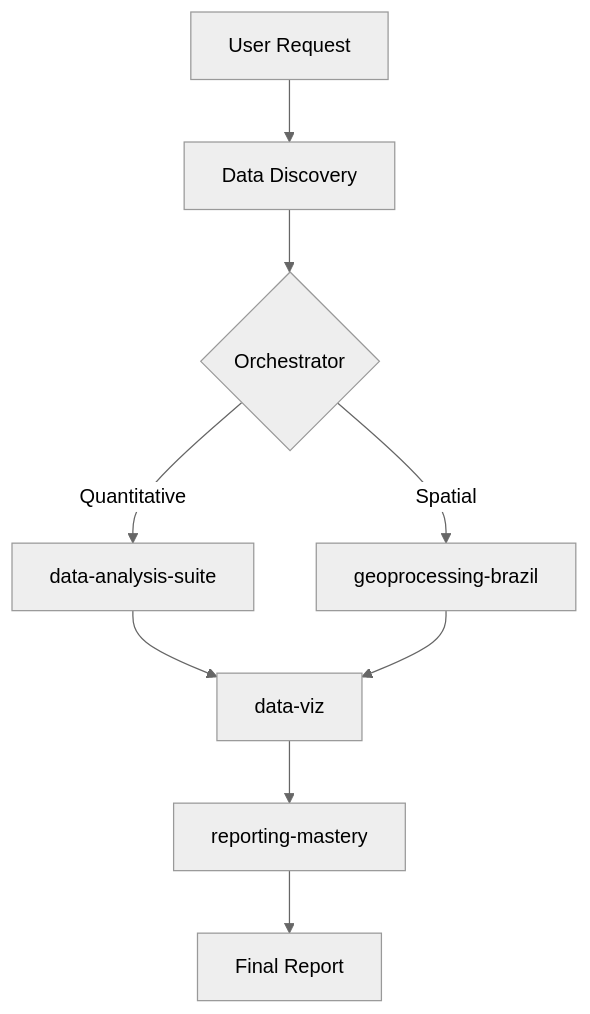
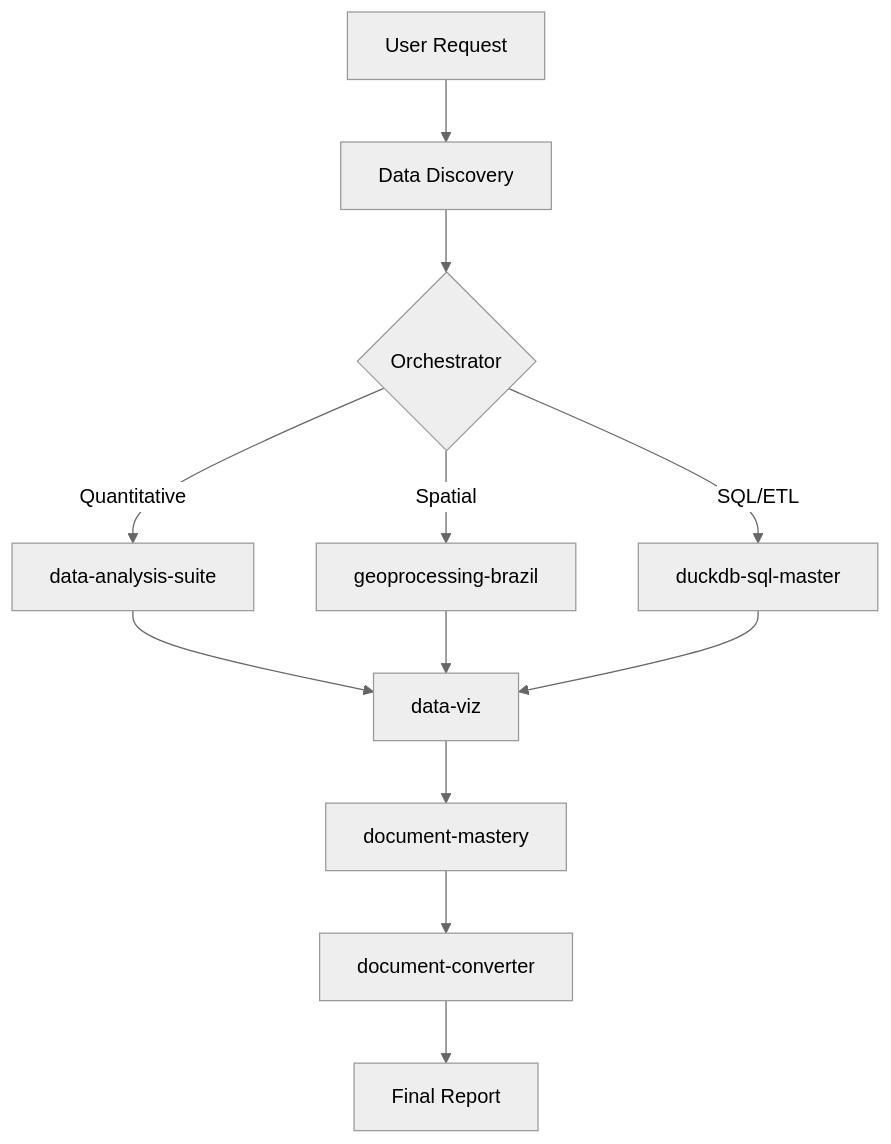
Before and after one commit to pablodiegoo/Data-Pro-Skill: the diagram in SKILL.md, drawn with Mermaid (neutral theme). The commit also changed other lines of this file and 24 other files, not shown here.

````diff
--- a/SKILL.md
+++ b/SKILL.md
@@ -32,10 +44,12 @@
 ```mermaid
 graph TD
     A[User Request] --> B[Data Discovery]
     B --> C{Orchestrator}
     C -->|Quantitative| D[data-analysis-suite]
     C -->|Spatial| E[geoprocessing-brazil]
-    D & E --> F[data-viz]
-    F --> G[reporting-mastery]
-    G --> H[Final Report]
+    C -->|SQL/ETL| F[duckdb-sql-master]
+    D & E & F --> G[data-viz]
+    G --> H[document-mastery]
+    H --> I[document-converter]
+    I --> J[Final Report]
 ```
````
